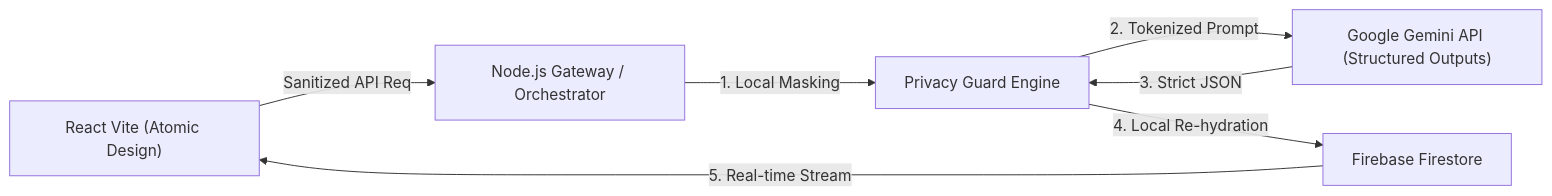
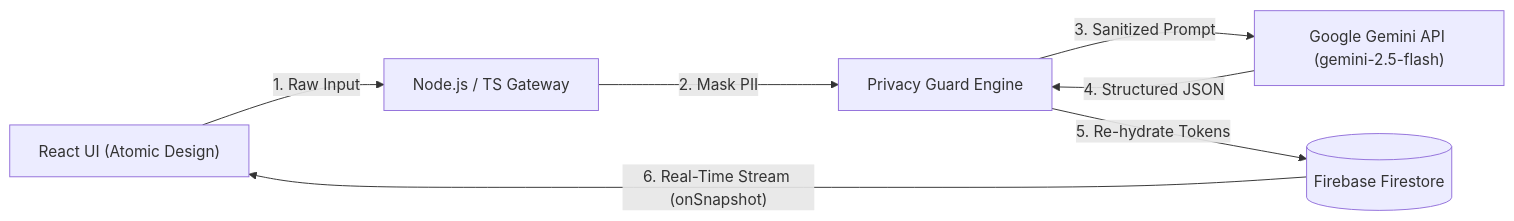
The diagram in README.md (lukasmatusiewicz/OSCAR), drawn with Mermaid before and after one commit. The commit also changed other lines of this file and 5 other files, not shown here.

Commit message:
docs: initialize core architectural specifications, data contracts, and agent governance

````diff
--- a/README.md
+++ b/README.md
@@ -25,9 +27,9 @@
 ```mermaid
 flowchart LR
-    Client["React Vite (Atomic Design)"] -->|"Sanitized API Req"| Gateway["Node.js Gateway / Orchestrator"]
-    Gateway -->|"1. Local Masking"| PG["Privacy Guard Engine"]
-    PG -->|"2. Tokenized Prompt"| AI["Google Gemini API (Structured Outputs)"]
-    AI -->|"3. Strict JSON"| PG
-    PG -->|"4. Local Re-hydration"| Storage["Firebase Firestore"]
-    Storage -->|"5. Real-time Stream"| Client
+    Client["React UI (Atomic Design)"] -->|"1. Raw Input"| Gateway["Node.js / TS Gateway"]
+    Gateway -->|"2. Mask PII"| PG["Privacy Guard Engine"]
+    PG -->|"3. Sanitized Prompt"| AI["Google Gemini API (gemini-2.5-flash)"]
+    AI -->|"4. Structured JSON"| PG
+    PG -->|"5. Re-hydrate Tokens"| Storage[("Firebase Firestore")]
+    Storage -->|"6. Real-Time Stream (onSnapshot)"| Client
 ```
````
